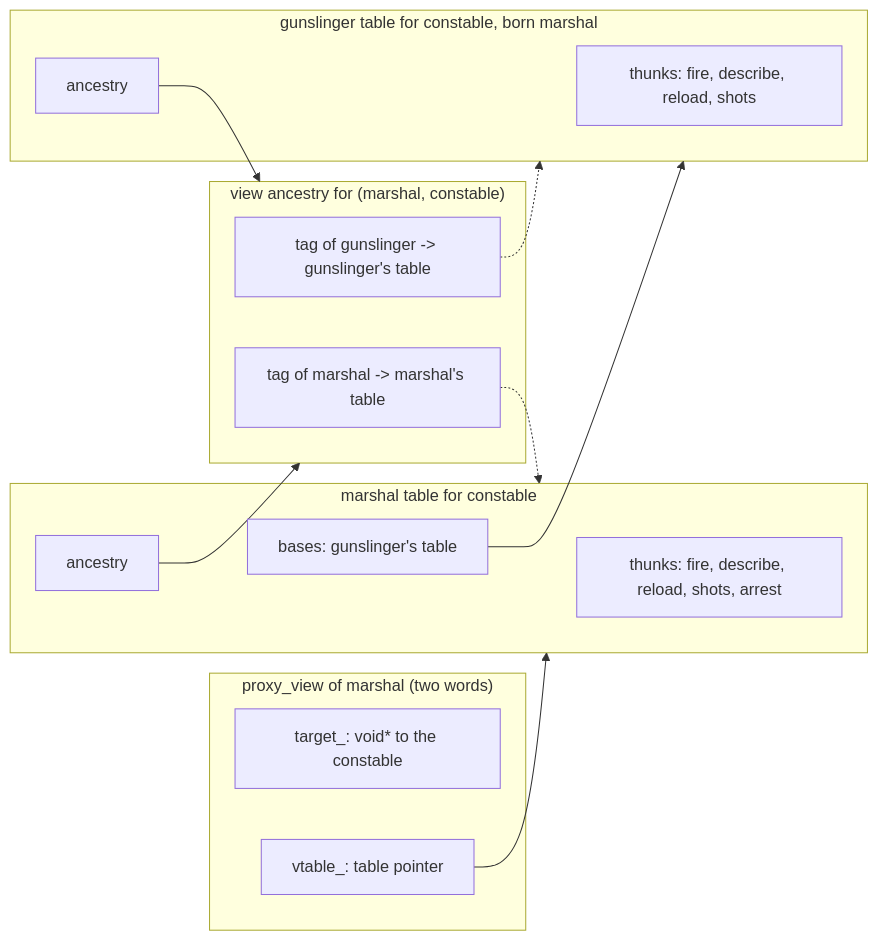
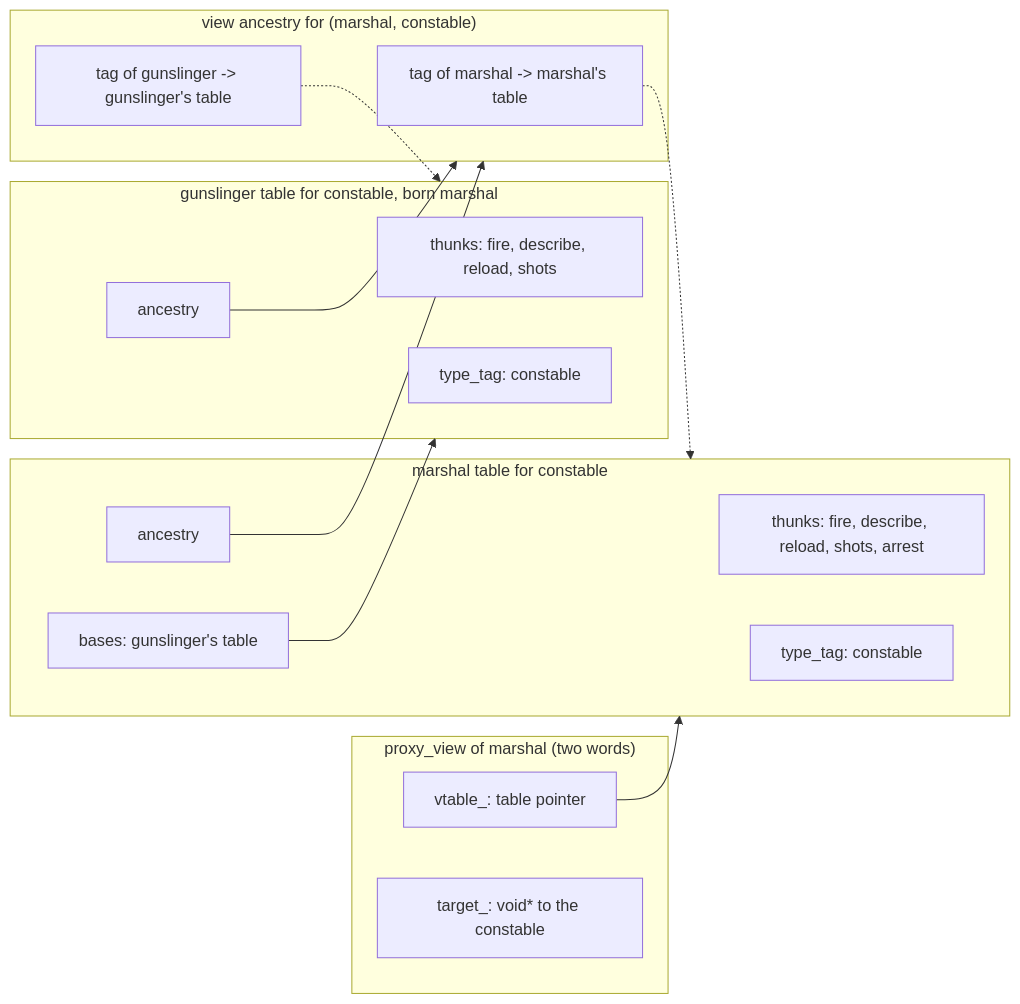
Before and after one commit to stevensudit/Corvid: the fourth of 8 diagrams in corvid/meta/invoke/proxy.md, drawn with Mermaid. The commit also changed other lines of this file and 4 other files, not shown here.

````diff
--- a/corvid/meta/invoke/proxy.md
+++ b/corvid/meta/invoke/proxy.md
@@ -1543,26 +1559,28 @@
 ```mermaid
 flowchart LR
     subgraph H["proxy_view of marshal (two words)"]
+        VP["vtable_: table pointer"]
         TP["target_: void* to the constable"]
-        VP["vtable_: table pointer"]
     end
     subgraph MT["marshal table for constable"]
         MK["thunks: fire, describe, reload, shots, arrest"]
         MB["bases: gunslinger's table"]
         MA["ancestry"]
+        MG["type_tag: constable"]
     end
     subgraph GT["gunslinger table for constable, born marshal"]
         GK["thunks: fire, describe, reload, shots"]
         GA["ancestry"]
+        GG["type_tag: constable"]
     end
     subgraph AN["view ancestry for (marshal, constable)"]
         A0["tag of marshal -> marshal's table"]
         A1["tag of gunslinger -> gunslinger's table"]
     end
     VP --> MT
     MB --> GT
     MA --> AN
     GA --> AN
     A0 -.-> MT
     A1 -.-> GT
 ```
````
